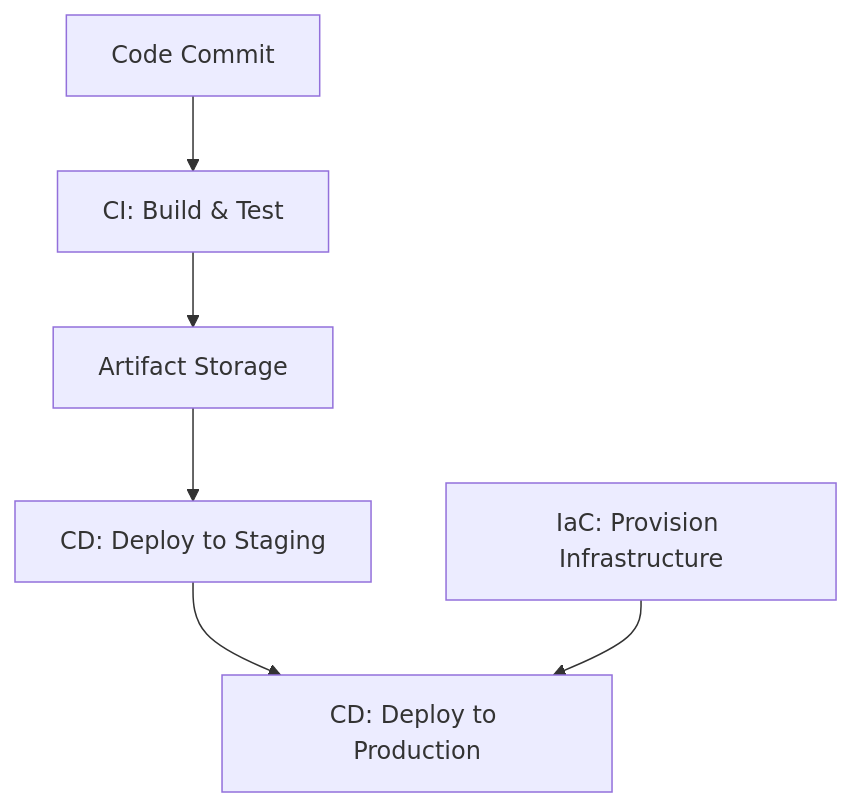
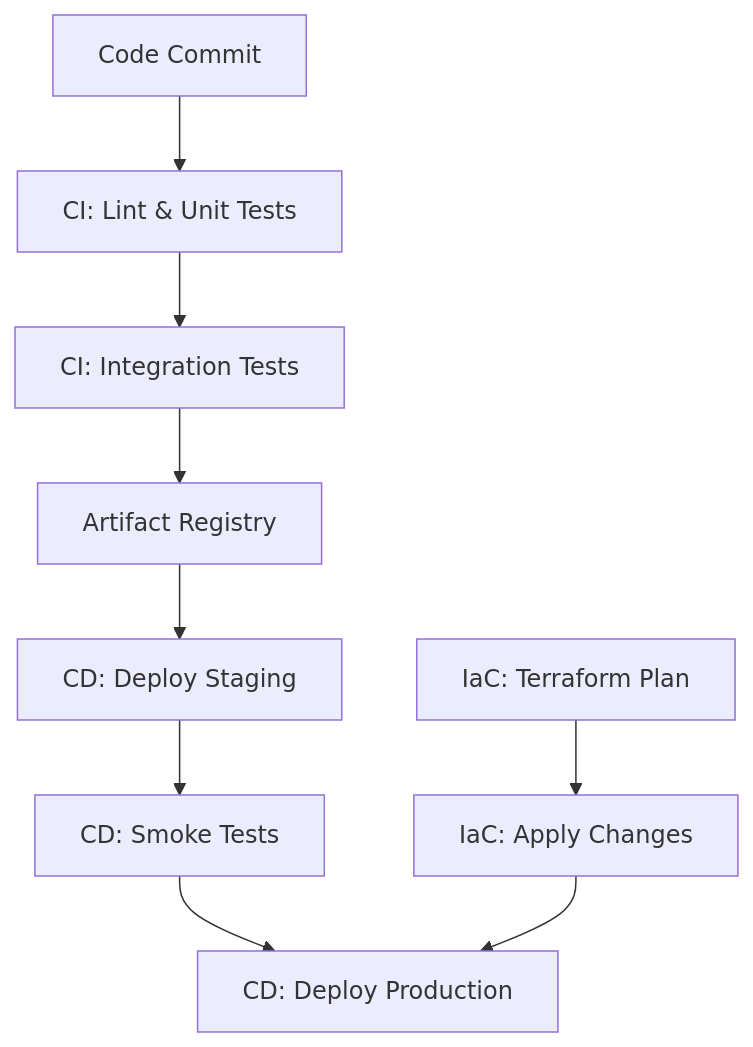
The second of 2 diagrams in devops-infrastructure-as-code/README.md (VrushankPatel/interview-matters), drawn with Mermaid before and after one commit. The commit also changed other lines of this file and 5 other files, not shown here.

Commit message:
kb: update topics System Design Basics, CAP Theorem & Distributed Systems, Collections & Data Structures, Concurrency & Parallelism, DevOps & Infrastructure as Code

````diff
--- a/devops-infrastructure-as-code/README.md
+++ b/devops-infrastructure-as-code/README.md
@@ -33,8 +193,11 @@
 ```mermaid
-graph TD;
-    A[Code Commit] --> B[CI: Build & Test];
-    B --> C[Artifact Storage];
-    C --> D[CD: Deploy to Staging];
-    D --> E[CD: Deploy to Production];
-    F[IaC: Provision Infrastructure] --> E;
+graph TD
+    A[Code Commit] --> B[CI: Lint & Unit Tests]
+    B --> C[CI: Integration Tests]
+    C --> D[Artifact Registry]
+    D --> E[CD: Deploy Staging]
+    E --> F[CD: Smoke Tests]
+    F --> G[CD: Deploy Production]
+    H[IaC: Terraform Plan] --> I[IaC: Apply Changes]
+    I --> G
 ```
````
